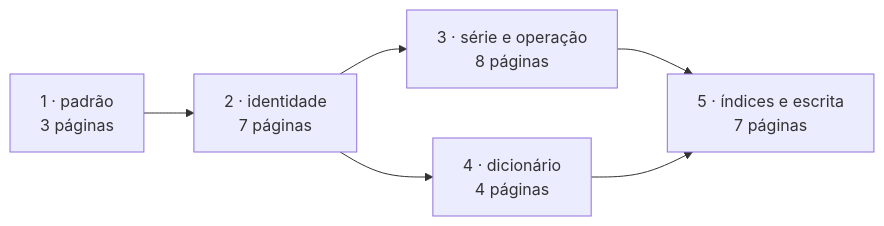
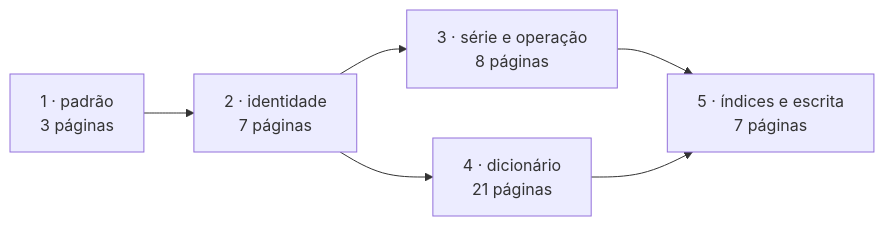
One commit to lucascantarelli/wyd changed the diagram in planejamento-1.0.0/wyd-db/proposta-paginas.md. Above: the diagram before and after it, drawn with Mermaid. The commit also changed other lines of this file and 171 other files, not shown here.

````diff
--- a/planejamento-1.0.0/wyd-db/proposta-paginas.md
+++ b/planejamento-1.0.0/wyd-db/proposta-paginas.md
@@ -293,8 +299,8 @@
 ```mermaid
 flowchart LR
     L1["1 · padrão<br/>3 páginas"] --> L2["2 · identidade<br/>7 páginas"]
     L2 --> L3["3 · série e operação<br/>8 páginas"]
-    L2 --> L4["4 · dicionário<br/>4 páginas"]
+    L2 --> L4["4 · dicionário<br/>21 páginas"]
     L3 --> L5["5 · índices e escrita<br/>7 páginas"]
     L4 --> L5
 ```
````
